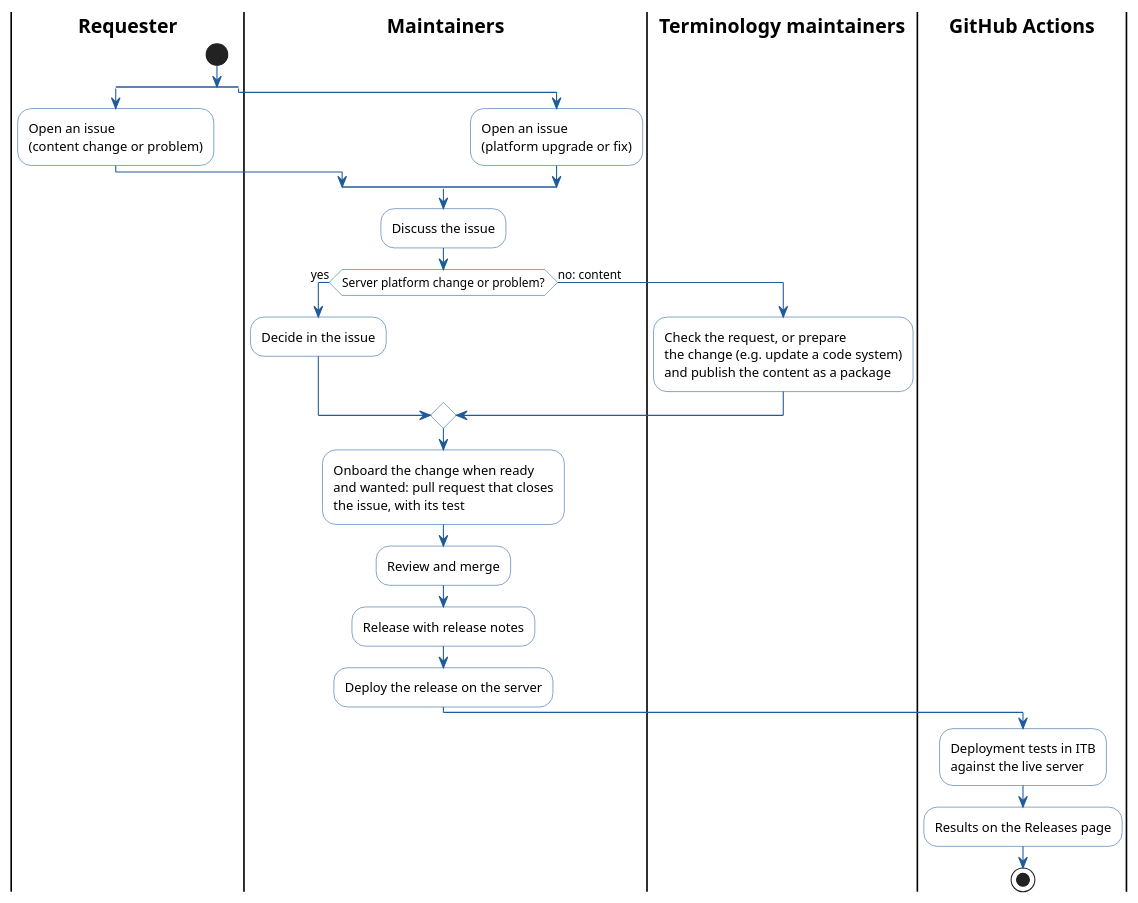
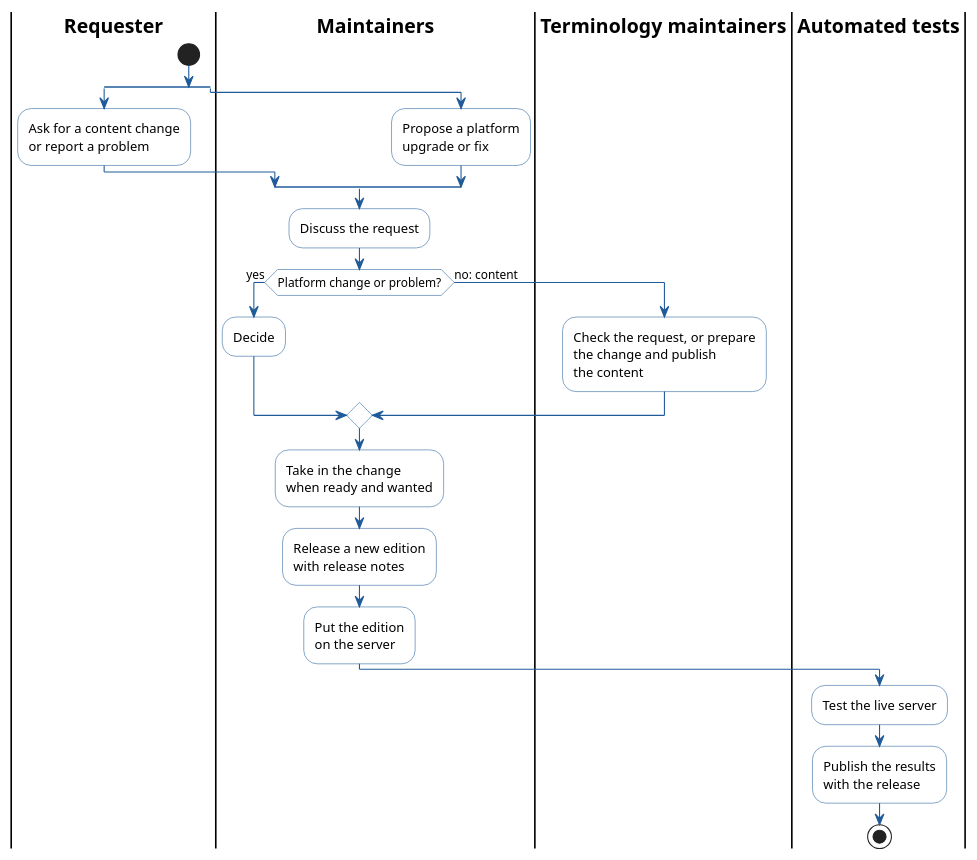
One commit to hl7-eu/tx.hl7europe.eu changed the diagram in docs/index.md. Above: the diagram before and after it, drawn with PlantUML.

Commit message:
Home diagram: plain words instead of tooling terms
Refs #11

```diff
--- a/docs/index.md
+++ b/docs/index.md
@@ -25,44 +25,44 @@
 @startuml
 skinparam shadowing false
 skinparam defaultFontName Arial
 skinparam ActivityBackgroundColor #FFFFFF
 skinparam ActivityBorderColor #1F5B99
 skinparam ArrowColor #1F5B99
 skinparam SwimlaneTitleFontStyle bold
 |Requester|
 |Maintainers|
 |Terminology maintainers|
-|GitHub Actions|
+|Automated tests|
 |Requester|
 start
 split
-  :Open an issue
-  (content change or problem);
+  :Ask for a content change
+  or report a problem;
 split again
   |Maintainers|
-  :Open an issue
-  (platform upgrade or fix);
+  :Propose a platform
+  upgrade or fix;
 end split
 |Maintainers|
-:Discuss the issue;
-if (Server platform change or problem?) then (yes)
-  :Decide in the issue;
+:Discuss the request;
+if (Platform change or problem?) then (yes)
+  :Decide;
 else (no: content)
   |Terminology maintainers|
   :Check the request, or prepare
-  the change (e.g. update a code system)
-  and publish the content as a package;
+  the change and publish
+  the content;
   |Maintainers|
 endif
-:Onboard the change when ready
-and wanted: pull request that closes
-the issue, with its test;
-:Review and merge;
-:Release with release notes;
-:Deploy the release on the server;
-|GitHub Actions|
-:Deployment tests in ITB
-against the live server;
-:Results on the Releases page;
+:Take in the change
+when ready and wanted;
+:Release a new edition
+with release notes;
+:Put the edition
+on the server;
+|Automated tests|
+:Test the live server;
+:Publish the results
+with the release;
 stop
 @enduml
```
